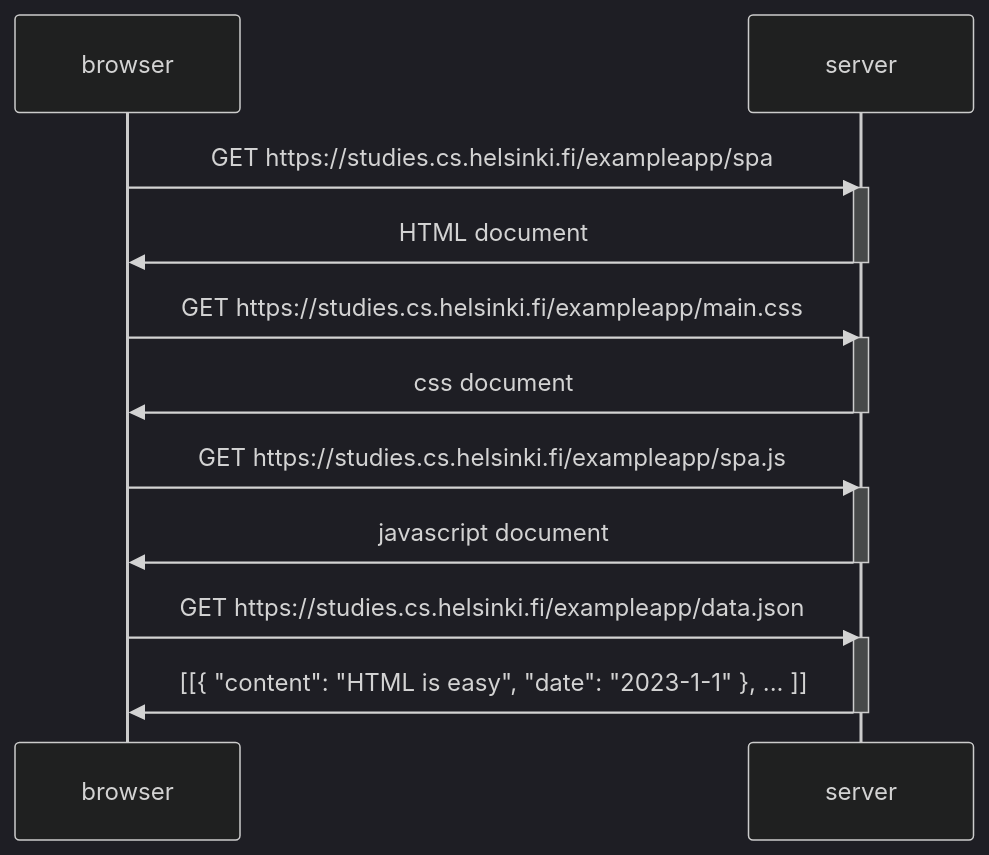
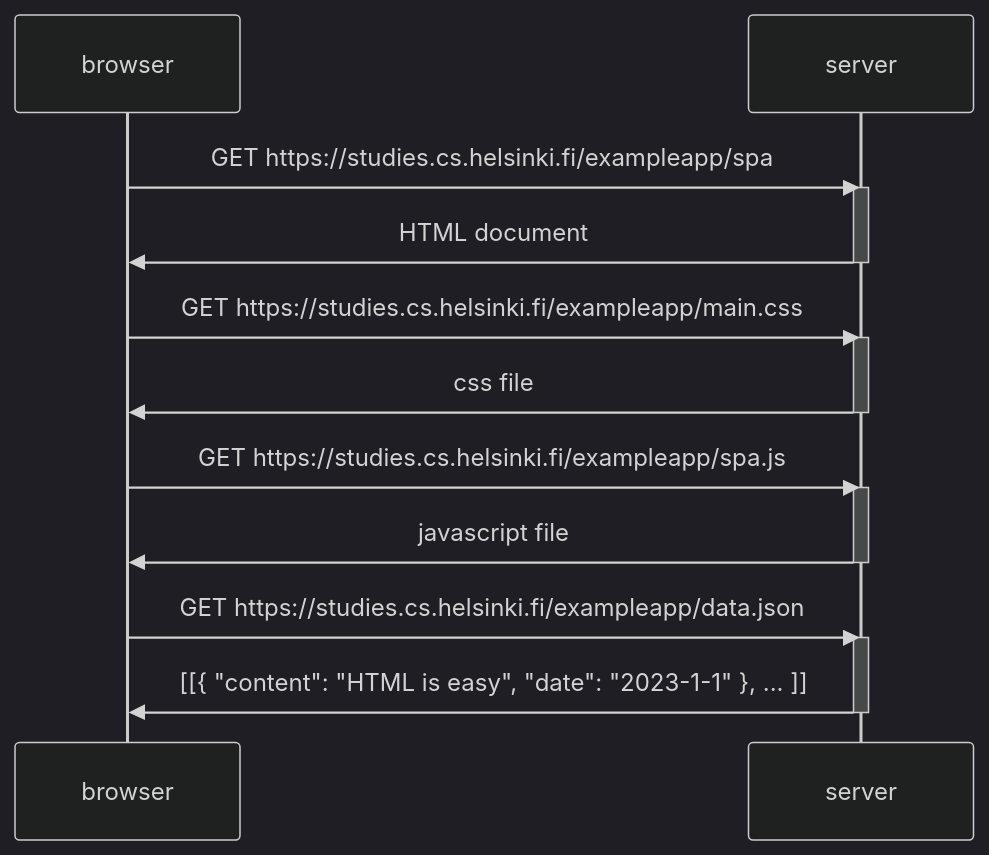
One commit to aguin005/fso changed the diagram in part0/exercise05.md. Above: the diagram before and after it, drawn with Mermaid (dark theme). The commit also changed 2 other files, not shown here.

````diff
--- a/part0/exercise05.md
+++ b/part0/exercise05.md
@@ -1,25 +1,25 @@
 ```mermaid
 sequenceDiagram;
     participant browser
     participant server
 
     browser->>server: GET https://studies.cs.helsinki.fi/exampleapp/spa
     activate server
     server->>browser: HTML document
     deactivate server
     
     browser->>server: GET https://studies.cs.helsinki.fi/exampleapp/main.css
     activate server
-    server->>browser: css document
+    server->>browser: css file
     deactivate server
 
     browser->>server: GET https://studies.cs.helsinki.fi/exampleapp/spa.js
     activate server
-    server->>browser: javascript document
+    server->>browser: javascript file
     deactivate server
 
     browser->>server: GET https://studies.cs.helsinki.fi/exampleapp/data.json
     activate server
     server->>browser: [[{ "content": "HTML is easy", "date": "2023-1-1" }, ... ]]
     deactivate server
 ```
````
